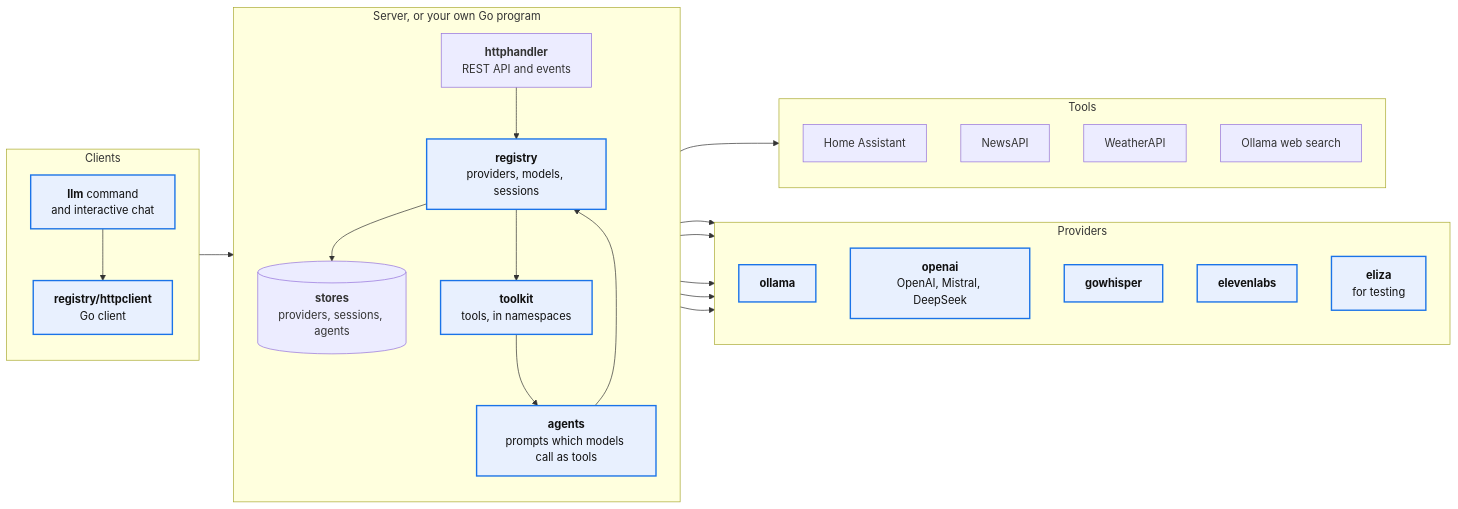
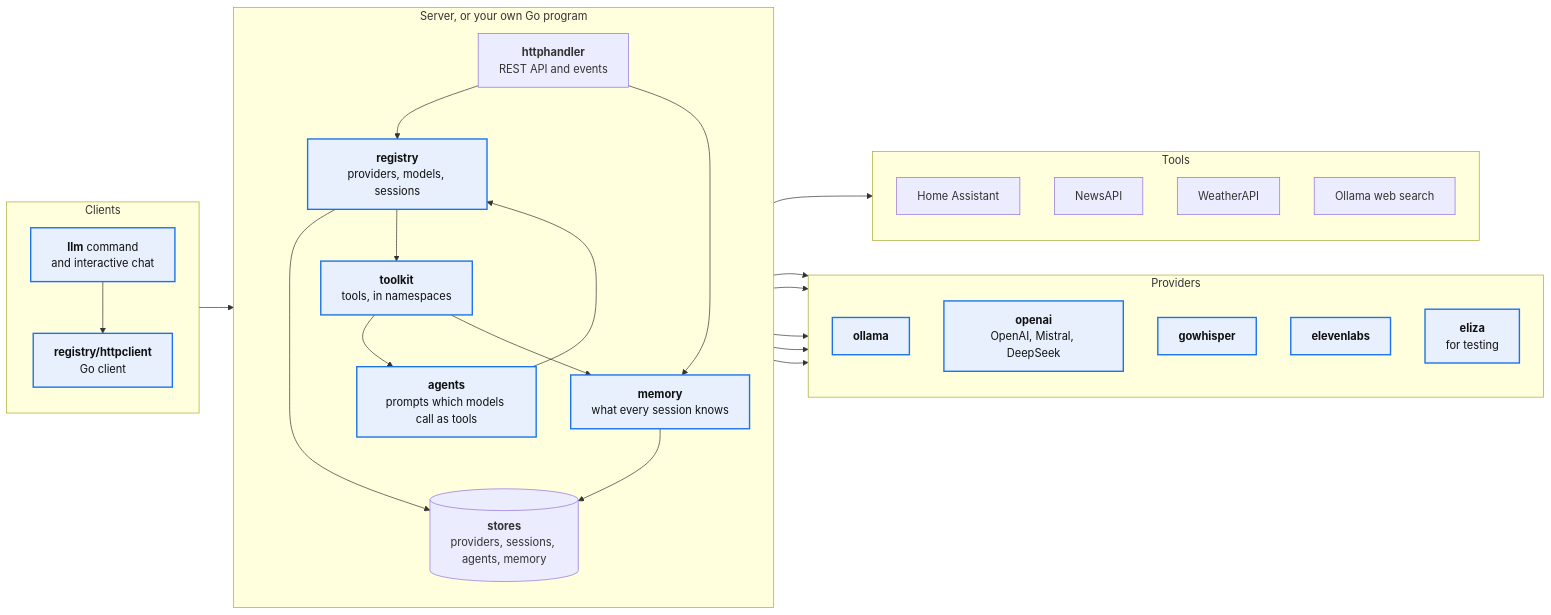
One commit to mutablelogic/go-llm changed the diagram in README.md. Above: the diagram before and after it, drawn with Mermaid. The commit also changed other lines of this file and 39 other files, not shown here.

````diff
--- a/README.md
+++ b/README.md
@@ -8,57 +8,62 @@
 ```mermaid
 flowchart LR
     subgraph Clients
         direction TB
         CLI["`**llm** command
         and interactive chat`"]
         Client["`**registry/httpclient**
         Go client`"]
     end
 
     subgraph Server["Server, or your own Go program"]
         direction TB
         API["`**httphandler**
         REST API and events`"]
         Registry["`**registry**
         providers, models, sessions`"]
         Toolkit["`**toolkit**
         tools, in namespaces`"]
         Agents["`**agents**
         prompts which models call as tools`"]
+        Memory["`**memory**
+        what every session knows`"]
         Stores[("`**stores**
-        providers, sessions, agents`")]
+        providers, sessions, agents, memory`")]
     end
 
     subgraph Providers
         direction TB
         Ollama["`**ollama**`"]
         OpenAI["`**openai**
         OpenAI, Mistral, DeepSeek`"]
         Whisper["`**gowhisper**`"]
         ElevenLabs["`**elevenlabs**`"]
         Eliza["`**eliza**
         for testing`"]
     end
 
     subgraph Tools
         direction TB
         HA["Home Assistant"]
         News["NewsAPI"]
         Weather["WeatherAPI"]
         Search["Ollama web search"]
     end
 
     CLI --> Client
     Client --> API
     API --> Registry
     Registry --> Stores
     Registry --> Toolkit
     Toolkit --> Agents
+    Toolkit --> Memory
     Agents --> Registry
+    API --> Memory
+    Memory --> Stores
     Toolkit --> Tools
     Registry --> Ollama & OpenAI & Whisper & ElevenLabs & Eliza
 
     classDef highlight fill:#e8f0fe,stroke:#1a73e8,stroke-width:2px,color:#111
-    class CLI,Client,Registry,Toolkit,Agents highlight
+    class CLI,Client,Registry,Toolkit,Agents,Memory highlight
     class Ollama,OpenAI,Whisper,ElevenLabs,Eliza highlight
 ```
````
